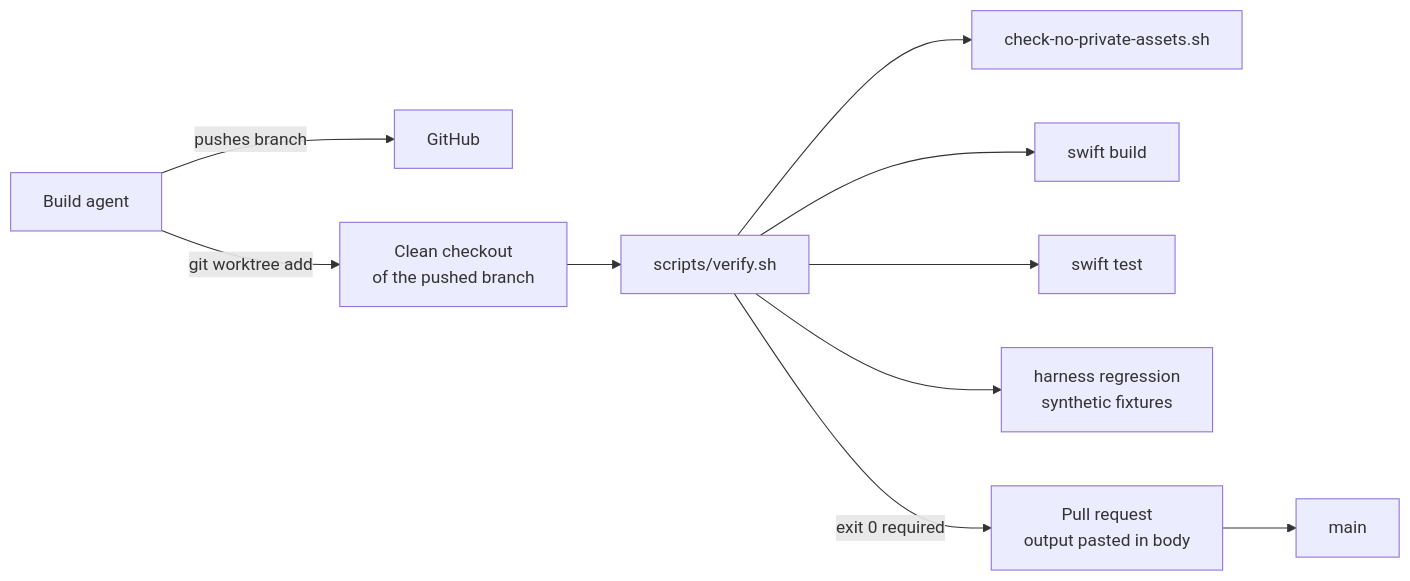
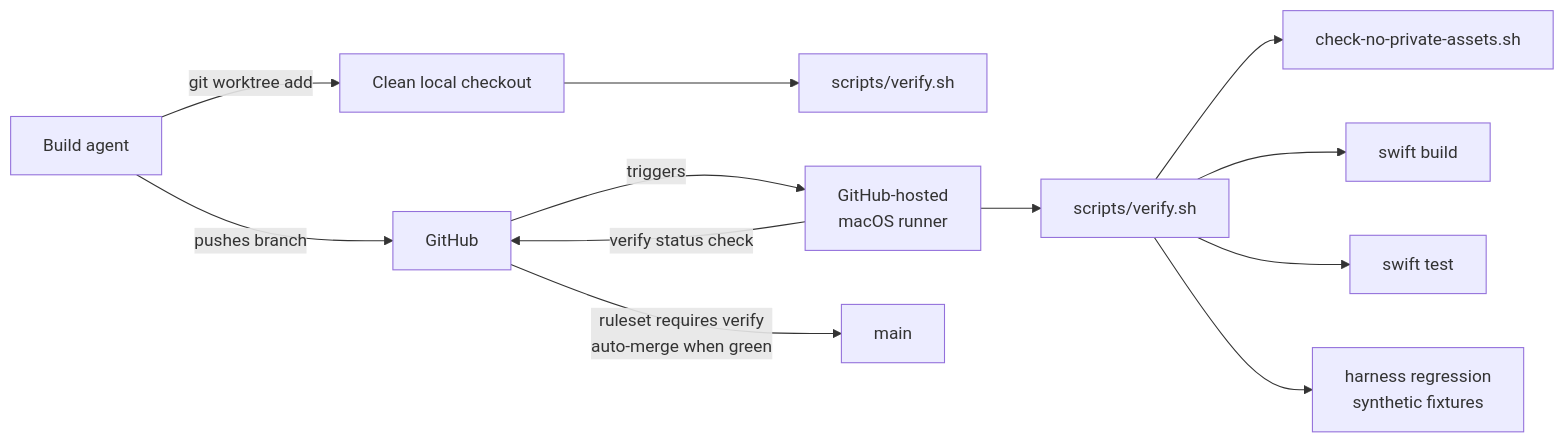
Before and after one commit to Brian-Egan/StillMotions: the fifth of 5 diagrams in docs/ARCHITECTURE.md, drawn with Mermaid. The commit also changed other lines of this file and 9 other files, not shown here.

First line of the commit message:
Free Apple personal team, hyphenated bundle IDs, CI on GitHub-hosted runners (#41)

````diff
--- a/docs/ARCHITECTURE.md
+++ b/docs/ARCHITECTURE.md
@@ -321,12 +321,14 @@
 ```mermaid
 flowchart LR
   AGENT[Build agent] -->|pushes branch| GH[GitHub]
-  AGENT -->|git worktree add| WT[Clean checkout<br/>of the pushed branch]
-  WT --> VERIFY[scripts/verify.sh]
-  VERIFY --> PRIV[check-no-private-assets.sh]
-  VERIFY --> BUILD[swift build]
-  VERIFY --> TEST[swift test]
-  VERIFY --> REG[harness regression<br/>synthetic fixtures]
-  VERIFY -->|exit 0 required| PR[Pull request<br/>output pasted in body]
-  PR --> MAIN[main]
+  AGENT -->|git worktree add| WT[Clean local checkout]
+  WT --> VERIFY1[scripts/verify.sh]
+  GH -->|triggers| CI[GitHub-hosted<br/>macOS runner]
+  CI --> VERIFY2[scripts/verify.sh]
+  VERIFY2 --> PRIV[check-no-private-assets.sh]
+  VERIFY2 --> BUILD[swift build]
+  VERIFY2 --> TEST[swift test]
+  VERIFY2 --> REG[harness regression<br/>synthetic fixtures]
+  CI -->|verify status check| GH
+  GH -->|ruleset requires verify<br/>auto-merge when green| MAIN[main]
 ```
````
